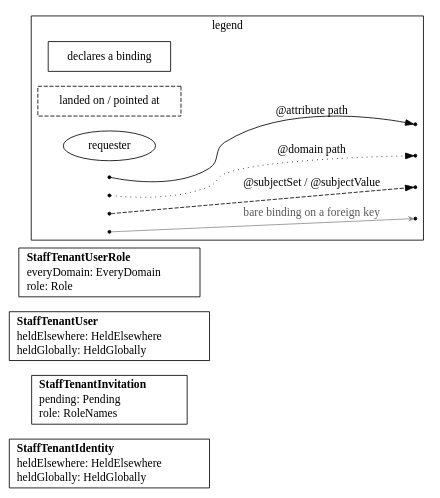
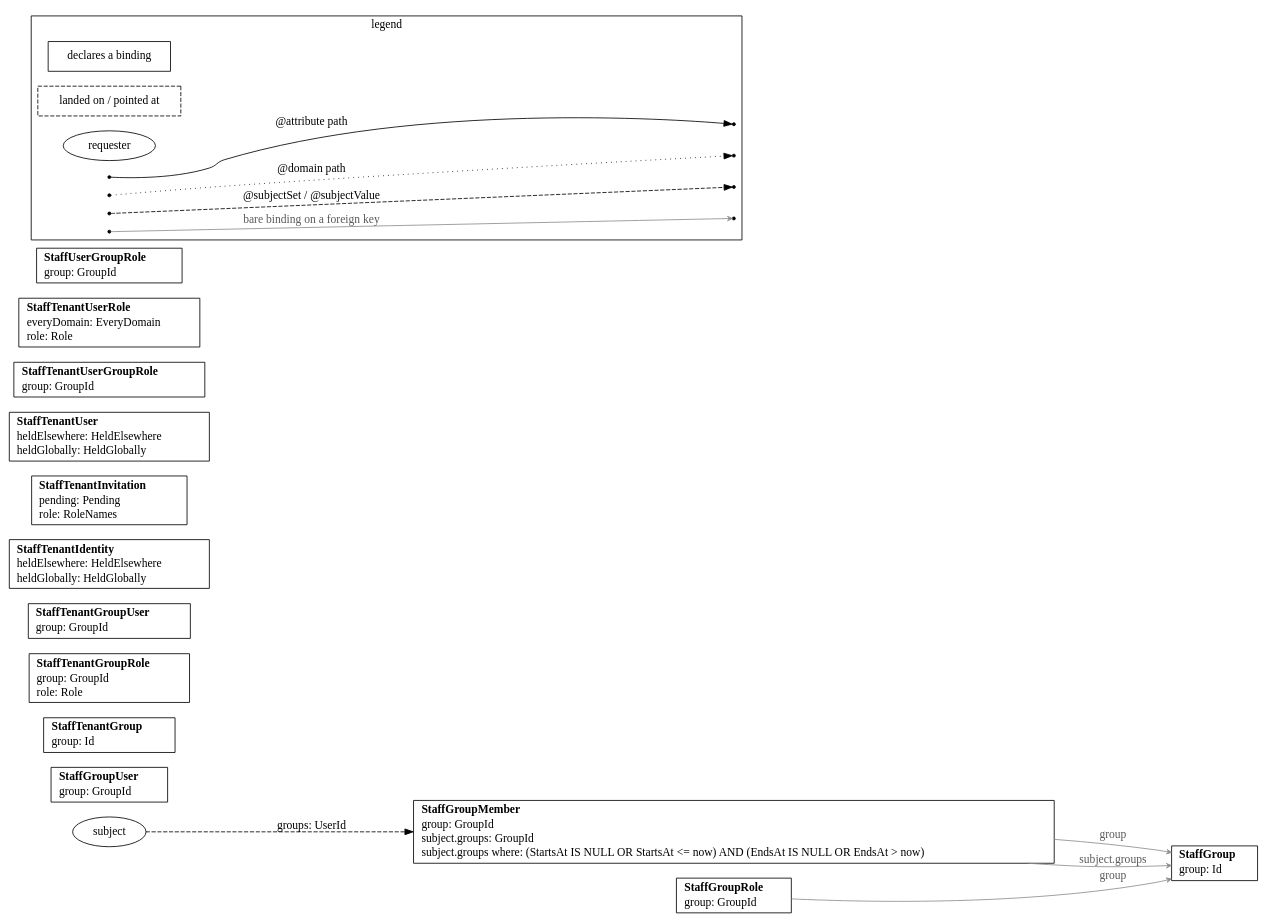
The diagram in cmd/impulse/internal/skeleton/_candidates/tenanted/pkg/resources/zz_gen_bindings.dot (impulseframework/impulse), drawn with Graphviz before and after one commit. The commit also changed 435 other files, not shown here.

```diff
--- a/cmd/impulse/internal/skeleton/_candidates/tenanted/pkg/resources/zz_gen_bindings.dot
+++ b/cmd/impulse/internal/skeleton/_candidates/tenanted/pkg/resources/zz_gen_bindings.dot
@@ -1,36 +1,54 @@
 // Code generated by resourcegeneration. DO NOT EDIT.
 // Bindings: every attribute and subject binding this package declares. A box per
 // declaring resource lists its bare bindings as `name: column`; dashed boxes are
 // the tables a path lands on or a foreign key points at; the subject ellipse is
 // the requester, entering each anchor once with every name it yields there. One
 // edge per hop, drawn once however many paths share it: solid for @attribute,
 // dotted for @domain, dashed for a subject binding, labeled `name: column` on a
 // continuing hop and `name: column ⇒ column` where the path terminates; a thin
 // grey edge points a bare binding on a foreign key at its table. Facts only: no
 // grant or condition is drawn.
+// A subject set that writes a who: or a where: part lists each under the set, in
+// the columns' names: who: says which rows are the requester's, where: which of
+// those rows count. A set that builds on another is a dashed edge from the
+// resource declaring that other set, labeled `name: column IN subject.other`.
 digraph Bindings {
 	rankdir=LR;
 	node [shape=box];
+	"StaffGroup" [label=<<table border="0" cellborder="0" cellspacing="0" cellpadding="1"><tr><td align="left"><b>StaffGroup</b></td></tr><tr><td align="left">group: Id</td></tr></table>>];
+	"StaffGroupMember" [label=<<table border="0" cellborder="0" cellspacing="0" cellpadding="1"><tr><td align="left"><b>StaffGroupMember</b></td></tr><tr><td align="left">group: GroupId</td></tr><tr><td align="left">subject.groups: GroupId</td></tr><tr><td align="left">subject.groups where: (StartsAt IS NULL OR StartsAt &lt;= now) AND (EndsAt IS NULL OR EndsAt &gt; now)</td></tr></table>>];
+	"StaffGroupRole" [label=<<table border="0" cellborder="0" cellspacing="0" cellpadding="1"><tr><td align="left"><b>StaffGroupRole</b></td></tr><tr><td align="left">group: GroupId</td></tr></table>>];
+	"StaffGroupUser" [label=<<table border="0" cellborder="0" cellspacing="0" cellpadding="1"><tr><td align="left"><b>StaffGroupUser</b></td></tr><tr><td align="left">group: GroupId</td></tr></table>>];
+	"StaffTenantGroup" [label=<<table border="0" cellborder="0" cellspacing="0" cellpadding="1"><tr><td align="left"><b>StaffTenantGroup</b></td></tr><tr><td align="left">group: Id</td></tr></table>>];
+	"StaffTenantGroupRole" [label=<<table border="0" cellborder="0" cellspacing="0" cellpadding="1"><tr><td align="left"><b>StaffTenantGroupRole</b></td></tr><tr><td align="left">group: GroupId</td></tr><tr><td align="left">role: Role</td></tr></table>>];
+	"StaffTenantGroupUser" [label=<<table border="0" cellborder="0" cellspacing="0" cellpadding="1"><tr><td align="left"><b>StaffTenantGroupUser</b></td></tr><tr><td align="left">group: GroupId</td></tr></table>>];
 	"StaffTenantIdentity" [label=<<table border="0" cellborder="0" cellspacing="0" cellpadding="1"><tr><td align="left"><b>StaffTenantIdentity</b></td></tr><tr><td align="left">heldElsewhere: HeldElsewhere</td></tr><tr><td align="left">heldGlobally: HeldGlobally</td></tr></table>>];
 	"StaffTenantInvitation" [label=<<table border="0" cellborder="0" cellspacing="0" cellpadding="1"><tr><td align="left"><b>StaffTenantInvitation</b></td></tr><tr><td align="left">pending: Pending</td></tr><tr><td align="left">role: RoleNames</td></tr></table>>];
 	"StaffTenantUser" [label=<<table border="0" cellborder="0" cellspacing="0" cellpadding="1"><tr><td align="left"><b>StaffTenantUser</b></td></tr><tr><td align="left">heldElsewhere: HeldElsewhere</td></tr><tr><td align="left">heldGlobally: HeldGlobally</td></tr></table>>];
+	"StaffTenantUserGroupRole" [label=<<table border="0" cellborder="0" cellspacing="0" cellpadding="1"><tr><td align="left"><b>StaffTenantUserGroupRole</b></td></tr><tr><td align="left">group: GroupId</td></tr></table>>];
 	"StaffTenantUserRole" [label=<<table border="0" cellborder="0" cellspacing="0" cellpadding="1"><tr><td align="left"><b>StaffTenantUserRole</b></td></tr><tr><td align="left">everyDomain: EveryDomain</td></tr><tr><td align="left">role: Role</td></tr></table>>];
+	"StaffUserGroupRole" [label=<<table border="0" cellborder="0" cellspacing="0" cellpadding="1"><tr><td align="left"><b>StaffUserGroupRole</b></td></tr><tr><td align="left">group: GroupId</td></tr></table>>];
+	"subject" [shape=ellipse];
+	"subject" -> "StaffGroupMember" [style=dashed, label="groups: UserId"];
+	"StaffGroupMember" -> "StaffGroup" [color=gray55, fontcolor=gray35, arrowhead=vee, arrowsize=0.6, label="group"];
+	"StaffGroupMember" -> "StaffGroup" [color=gray55, fontcolor=gray35, arrowhead=vee, arrowsize=0.6, label="subject.groups"];
+	"StaffGroupRole" -> "StaffGroup" [color=gray55, fontcolor=gray35, arrowhead=vee, arrowsize=0.6, label="group"];
 	subgraph cluster_legend {
 		label="legend";
 		"declares a binding" [shape=box];
 		"landed on / pointed at" [shape=box, style=dashed];
 		"requester" [shape=ellipse];
 		"legend:attribute" [shape=point];
 		"legend:attribute:to" [shape=point];
 		"legend:domain" [shape=point];
 		"legend:domain:to" [shape=point];
 		"legend:subject" [shape=point];
 		"legend:subject:to" [shape=point];
 		"legend:reference" [shape=point];
 		"legend:reference:to" [shape=point];
 		"legend:attribute" -> "legend:attribute:to" [label="@attribute path"];
 		"legend:domain" -> "legend:domain:to" [style=dotted, label="@domain path"];
 		"legend:subject" -> "legend:subject:to" [style=dashed, label="@subjectSet / @subjectValue"];
 		"legend:reference" -> "legend:reference:to" [color=gray55, fontcolor=gray35, arrowhead=vee, arrowsize=0.6, label="bare binding on a foreign key"];
 	}
 }
```
